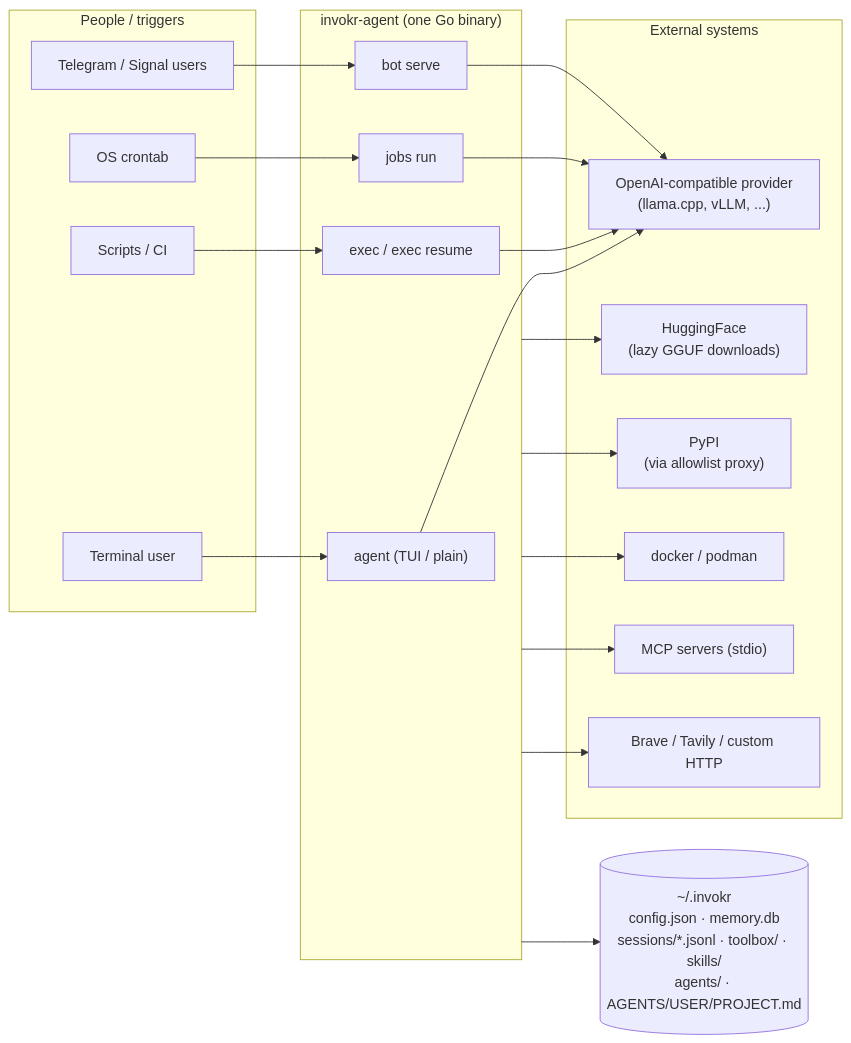
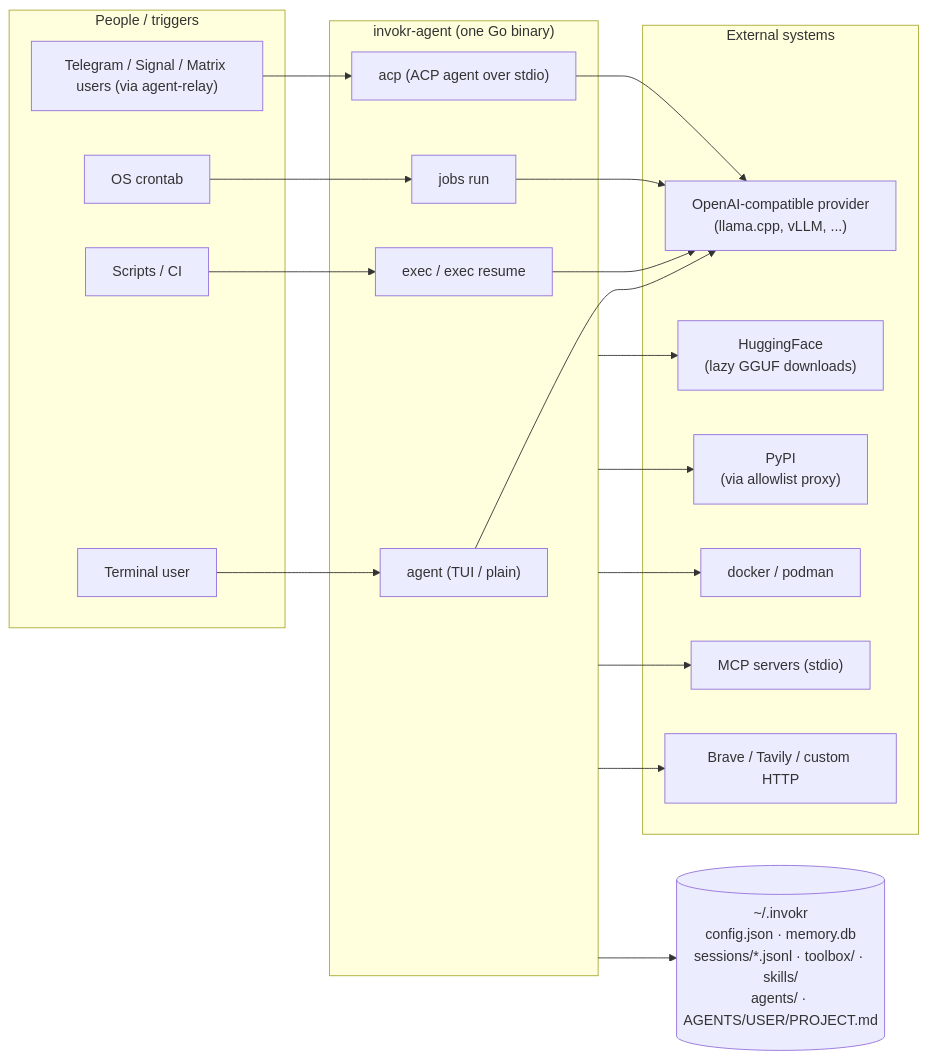
Before and after one commit to invokr-agent/invokr: the first of 10 diagrams in docs/onboarding/16-diagrams.md, drawn with Mermaid. The commit also changed other lines of this file and 55 other files, not shown here.

First line of the commit message:
invokr acp; replace built-in messaging bot with agent-relay (#52)

````diff
--- a/docs/onboarding/16-diagrams.md
+++ b/docs/onboarding/16-diagrams.md
@@ -12,40 +12,40 @@
 ```mermaid
 flowchart LR
     subgraph users["People / triggers"]
         term["Terminal user"]
         script["Scripts / CI"]
         cron["OS crontab"]
-        chat["Telegram / Signal users"]
+        chat["Telegram / Signal / Matrix users (via agent-relay)"]
     end
 
     subgraph invokr["invokr-agent (one Go binary)"]
         tui["agent (TUI / plain)"]
         exec["exec / exec resume"]
         jobsrun["jobs run"]
-        serve["bot serve"]
+        serve["acp (ACP agent over stdio)"]
     end
 
     subgraph external["External systems"]
         llm["OpenAI-compatible provider\n(llama.cpp, vLLM, ...)"]
         hf["HuggingFace\n(lazy GGUF downloads)"]
         pypi["PyPI\n(via allowlist proxy)"]
         docker["docker / podman"]
         mcp["MCP servers (stdio)"]
         search["Brave / Tavily / custom HTTP"]
     end
 
     home[("~/.invokr\nconfig.json · memory.db\nsessions/*.jsonl · toolbox/ · skills/\nagents/ · AGENTS/USER/PROJECT.md")]
 
     term --> tui
     script --> exec
     cron --> jobsrun
     chat --> serve
 
     tui & exec & jobsrun & serve --> llm
     invokr --> home
     invokr --> hf
     invokr --> pypi
     invokr --> docker
     invokr --> mcp
     invokr --> search
 ```
````
